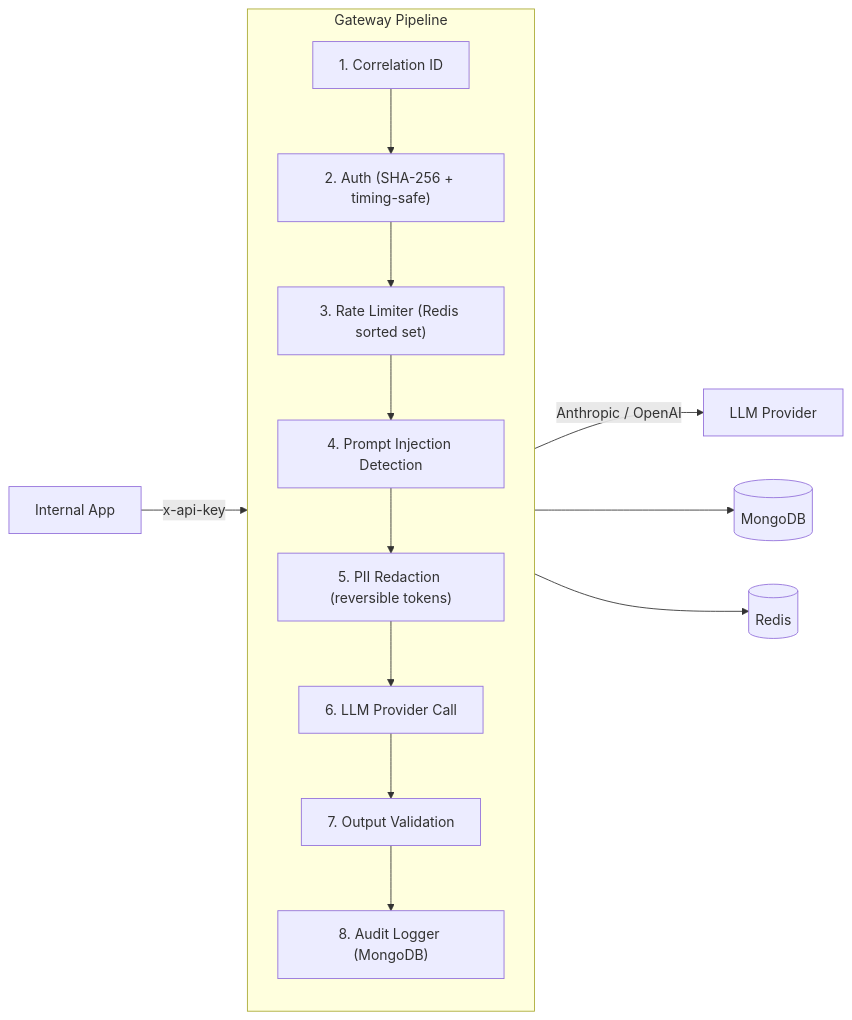
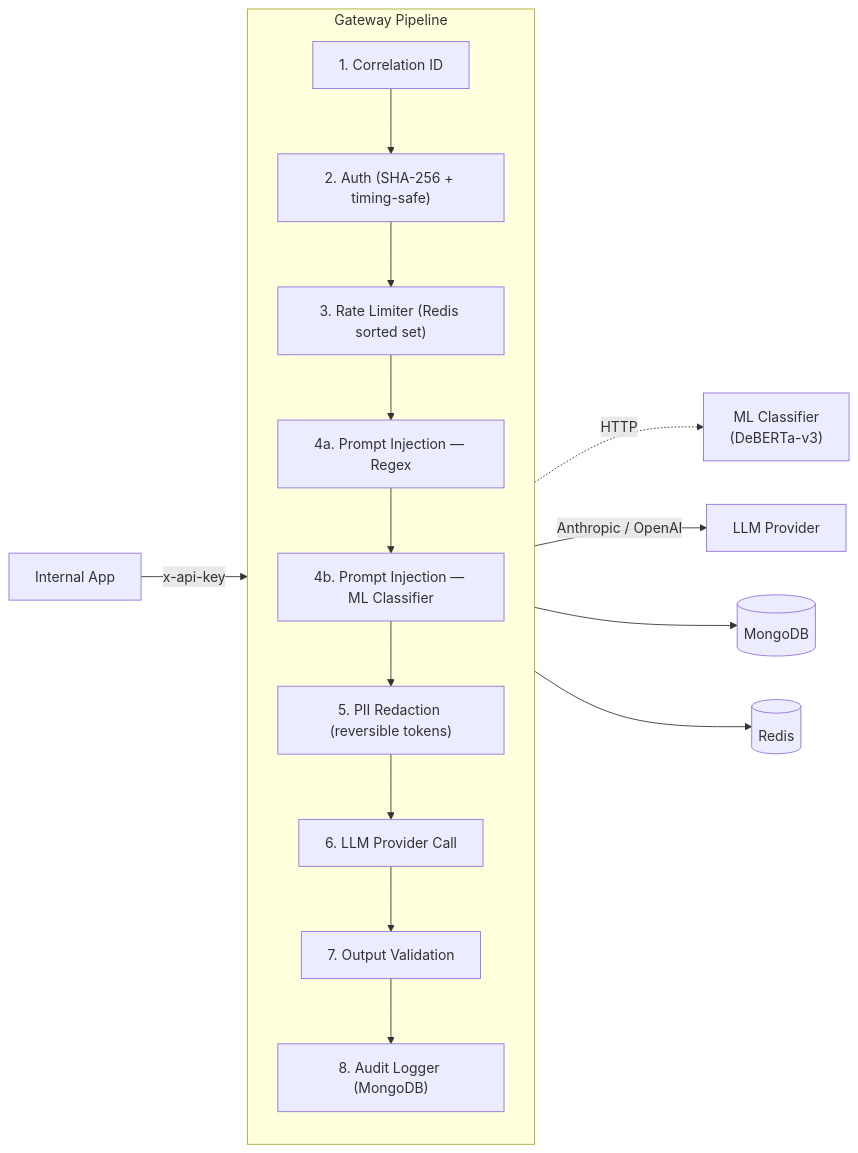
One commit to OfirOhan/aicy-llm-gateway changed the diagram in README.md. Above: the diagram before and after it, drawn with Mermaid. The commit also changed other lines of this file and 13 other files, not shown here.

First line of the commit message:
Add ML classifier for prompt injection detection and update documentation

````diff
--- a/README.md
+++ b/README.md
@@ -53,19 +54,21 @@
 ```mermaid
 flowchart LR
     Client["Internal App"] -->|x-api-key| GW["SecureLLM Gateway"]
 
     subgraph GW["Gateway Pipeline"]
         direction TB
         A["1. Correlation ID"] --> B["2. Auth (SHA-256 + timing-safe)"]
         B --> C["3. Rate Limiter (Redis sorted set)"]
-        C --> D["4. Prompt Injection Detection"]
-        D --> E["5. PII Redaction (reversible tokens)"]
+        C --> D["4a. Prompt Injection — Regex"]
+        D --> D2["4b. Prompt Injection — ML Classifier"]
+        D2 --> E["5. PII Redaction (reversible tokens)"]
         E --> F["6. LLM Provider Call"]
         F --> G["7. Output Validation"]
         G --> H["8. Audit Logger (MongoDB)"]
     end
 
     GW -->|Anthropic / OpenAI| LLM["LLM Provider"]
+    D2 -.->|HTTP| Classifier["ML Classifier\n(DeBERTa-v3)"]
     GW --> Mongo[("MongoDB")]
     GW --> Redis[("Redis")]
 ```
````
